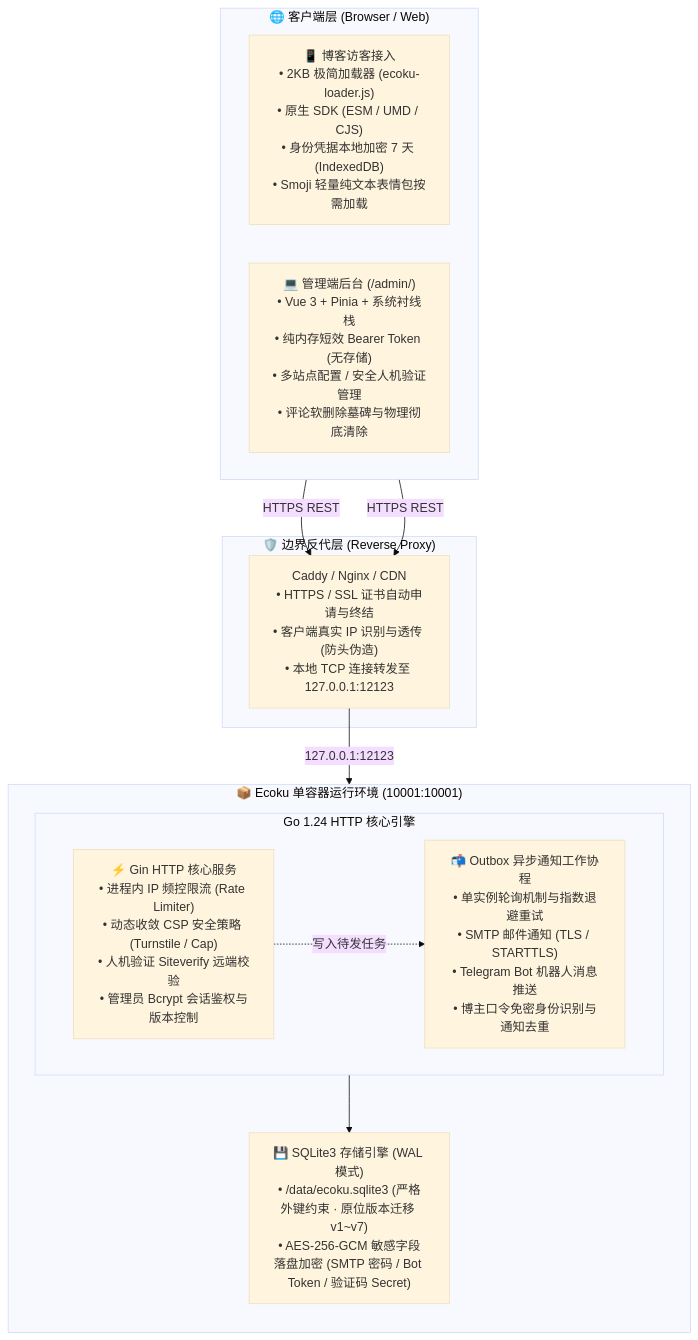
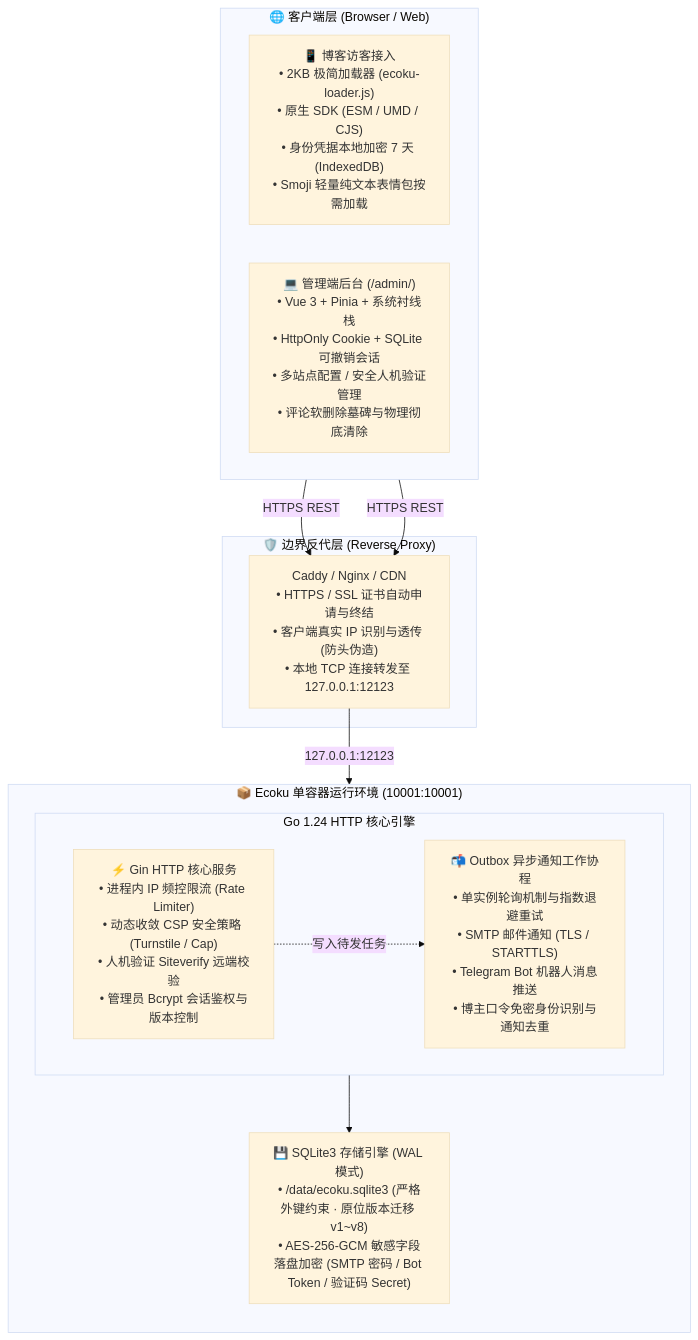
One commit to DejavuMoe/Ecoku changed the diagram in docs/guide/introduction.md. Above: the diagram before and after it, drawn with Mermaid (base theme). The commit also changed other lines of this file and 76 other files, not shown here.

````diff
--- a/docs/guide/introduction.md
+++ b/docs/guide/introduction.md
@@ -21,28 +21,28 @@
 ```mermaid
 flowchart TD
     subgraph Client["🌐 客户端层 (Browser / Web)"]
         direction LR
         Visitor["📱 博客访客接入<br/>• 2KB 极简加载器 (ecoku-loader.js)<br/>• 原生 SDK (ESM / UMD / CJS)<br/>• 身份凭据本地加密 7 天 (IndexedDB)<br/>• Smoji 轻量纯文本表情包按需加载"]
-        Admin["💻 管理端后台 (/admin/)<br/>• Vue 3 + Pinia + 系统衬线栈<br/>• 纯内存短效 Bearer Token (无存储)<br/>• 多站点配置 / 安全人机验证管理<br/>• 评论软删除墓碑与物理彻底清除"]
+        Admin["💻 管理端后台 (/admin/)<br/>• Vue 3 + Pinia + 系统衬线栈<br/>• HttpOnly Cookie + SQLite 可撤销会话<br/>• 多站点配置 / 安全人机验证管理<br/>• 评论软删除墓碑与物理彻底清除"]
     end
 
     subgraph Edge["🛡️ 边界反代层 (Reverse Proxy)"]
         Proxy["Caddy / Nginx / CDN<br/>• HTTPS / SSL 证书自动申请与终结<br/>• 客户端真实 IP 识别与透传 (防头伪造)<br/>• 本地 TCP 连接转发至 127.0.0.1:12123"]
     end
 
     subgraph Runtime["📦 Ecoku 单容器运行环境 (10001:10001)"]
         direction TB
         subgraph Core["Go 1.24 HTTP 核心引擎"]
             direction LR
             Engine["⚡ Gin HTTP 核心服务<br/>• 进程内 IP 频控限流 (Rate Limiter)<br/>• 动态收敛 CSP 安全策略 (Turnstile / Cap)<br/>• 人机验证 Siteverify 远端校验<br/>• 管理员 Bcrypt 会话鉴权与版本控制"]
             Outbox["📬 Outbox 异步通知工作协程<br/>• 单实例轮询机制与指数退避重试<br/>• SMTP 邮件通知 (TLS / STARTTLS)<br/>• Telegram Bot 机器人消息推送<br/>• 博主口令免密身份识别与通知去重"]
         end
-        Storage["💾 SQLite3 存储引擎 (WAL 模式)<br/>• /data/ecoku.sqlite3 (严格外键约束 · 原位版本迁移 v1~v7)<br/>• AES-256-GCM 敏感字段落盘加密 (SMTP 密码 / Bot Token / 验证码 Secret)"]
+        Storage["💾 SQLite3 存储引擎 (WAL 模式)<br/>• /data/ecoku.sqlite3 (严格外键约束 · 原位版本迁移 v1~v8)<br/>• AES-256-GCM 敏感字段落盘加密 (SMTP 密码 / Bot Token / 验证码 Secret)"]
         Core --> Storage
     end
 
     Visitor -->|HTTPS REST| Proxy
     Admin -->|HTTPS REST| Proxy
     Proxy -->|127.0.0.1:12123| Engine
     Engine -.->|写入待发任务| Outbox
 ```
````
